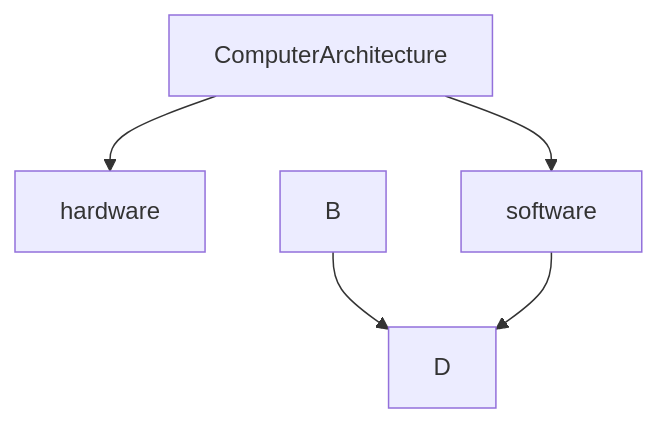
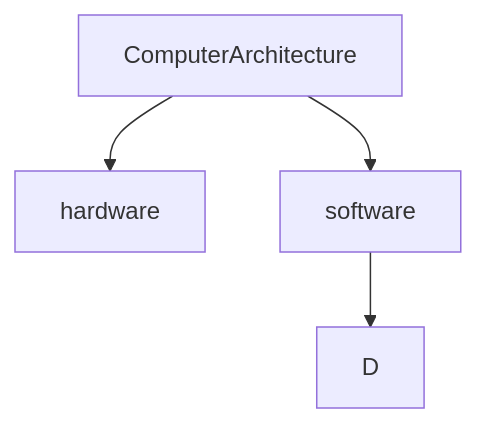
The diagram in computer1.md (qmarsun/computer), drawn with Mermaid before and after one commit.

````diff
--- a/computer1.md
+++ b/computer1.md
@@ -1,7 +1,7 @@
 ```mermaid
 graph TD;
     ComputerArchitecture-->hardware;
     ComputerArchitecture-->software;
-    B-->D;
+    
     software-->D;
 ```
````
